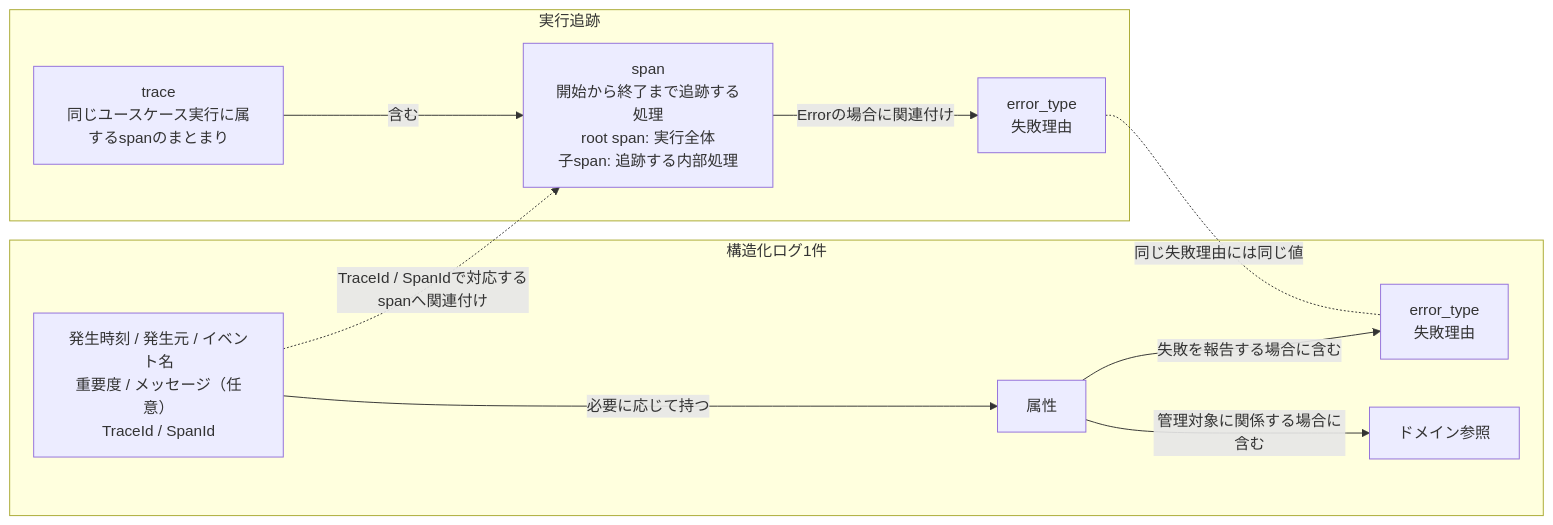
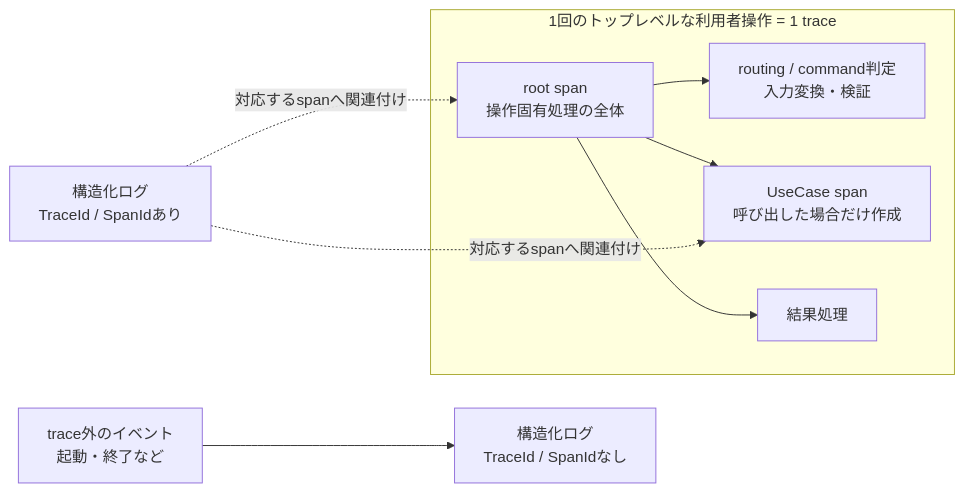
The diagram in project-docs/design/logging/実行追跡・構造化ログ契約設計.md (takashit16833/RAGScope), drawn with Mermaid before and after one commit. The commit also changed other lines of this file and 10 other files, not shown here.

Commit message:
docs: trace top-level operations and allow untraced logs

````diff
--- a/project-docs/design/logging/実行追跡・構造化ログ契約設計.md
+++ b/project-docs/design/logging/実行追跡・構造化ログ契約設計.md
@@ -15,16 +21,17 @@
 ```mermaid
 flowchart LR
-    subgraph Tracking["実行追跡"]
-        Trace["trace<br>同じユースケース実行に属するspanのまとまり"] -->|"含む"| Span["span<br>開始から終了まで追跡する処理<br>root span: 実行全体<br>子span: 追跡する内部処理"]
-        Span -->|"Errorの場合に関連付け"| SpanError["error_type<br>失敗理由"]
+    Lifecycle["trace外のイベント<br>起動・終了など"] --> Untraced["構造化ログ<br>TraceId / SpanIdなし"]
+
+    subgraph Operation["1回のトップレベルな利用者操作 = 1 trace"]
+        Root["root span<br>操作固有処理の全体"]
+        Interface["routing / command判定<br>入力変換・検証"]
+        UseCase["UseCase span<br>呼び出した場合だけ作成"]
+        After["結果処理"]
+        Root --> Interface
+        Root --> UseCase
+        Root --> After
     end
 
-    subgraph Log["構造化ログ1件"]
-        Record["発生時刻 / 発生元 / イベント名<br>重要度 / メッセージ（任意）<br>TraceId / SpanId"] -->|"必要に応じて持つ"| Attributes["属性"]
-        Attributes -->|"失敗を報告する場合に含む"| LogError["error_type<br>失敗理由"]
-        Attributes -->|"管理対象に関係する場合に含む"| DomainRef["ドメイン参照"]
-    end
-
-    Record -. "TraceId / SpanIdで対応するspanへ関連付け" .-> Span
-    SpanError -. "同じ失敗理由には同じ値" .- LogError
+    Traced["構造化ログ<br>TraceId / SpanIdあり"] -. "対応するspanへ関連付け" .-> Root
+    Traced -. "対応するspanへ関連付け" .-> UseCase
 ```
````
